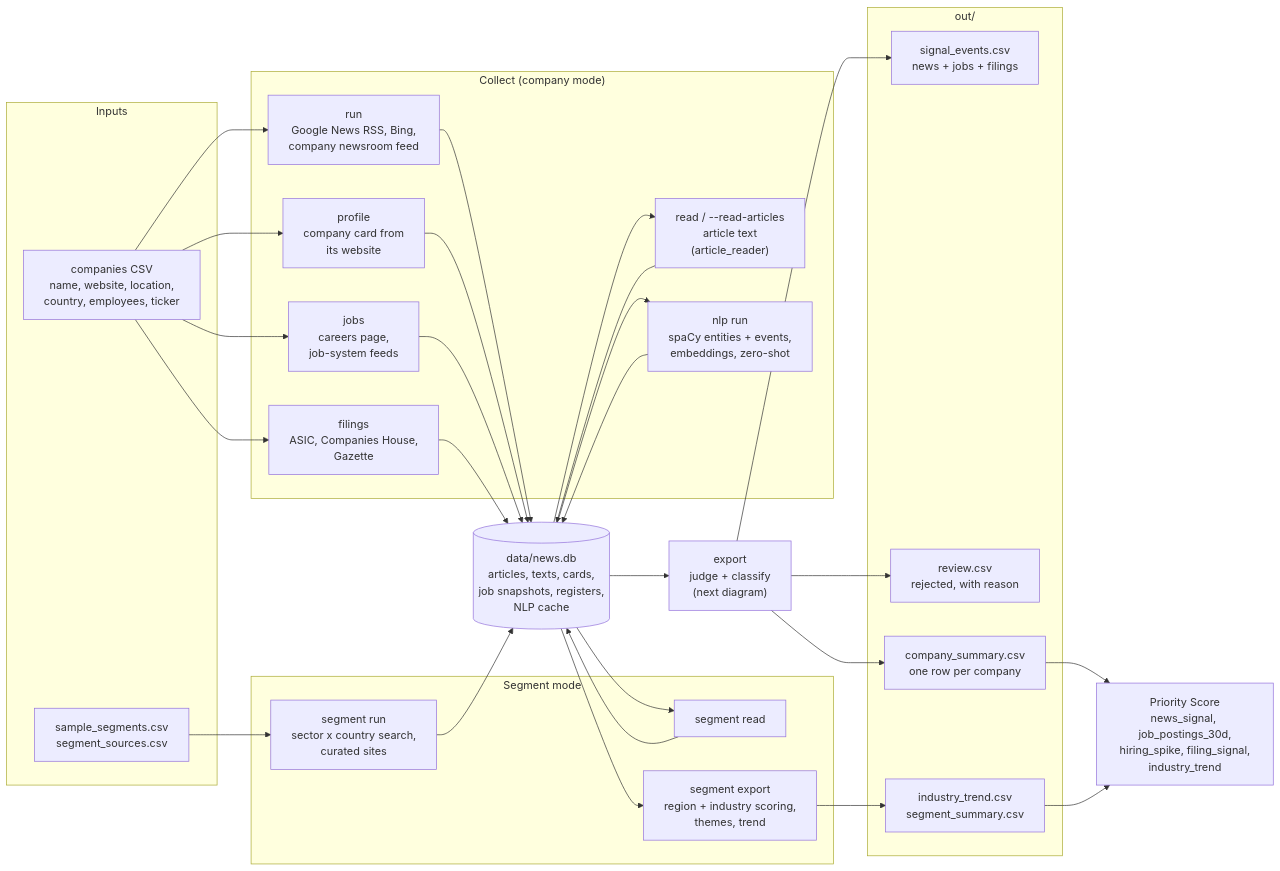
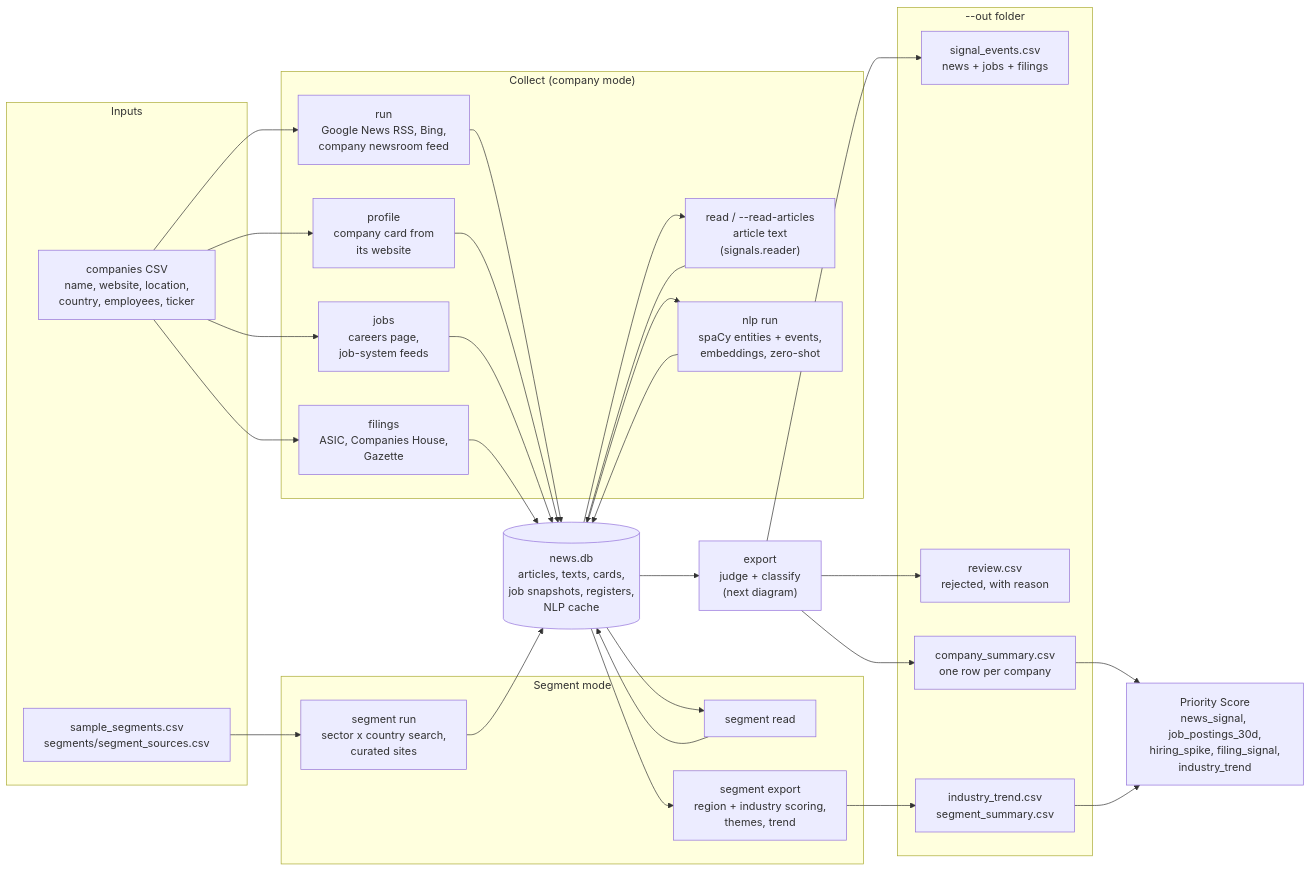
Before and after one commit to fonso-p/cloudstaff_dev: the first of 2 diagrams in News Scraper/README.md, drawn with Mermaid. The commit also changed other lines of this file and 158 other files, not shown here.

````diff
--- a/News Scraper/README.md
+++ b/News Scraper/README.md
@@ -23,44 +41,44 @@
 ```mermaid
 flowchart LR
     subgraph IN["Inputs"]
         CSV["companies CSV<br/>name, website, location,<br/>country, employees, ticker"]
-        SEG["sample_segments.csv<br/>segment_sources.csv"]
+        SEG["sample_segments.csv<br/>segments/segment_sources.csv"]
     end
 
     subgraph COLLECT["Collect (company mode)"]
         RUN["run<br/>Google News RSS, Bing,<br/>company newsroom feed"]
         PROF["profile<br/>company card from<br/>its website"]
-        READ["read / --read-articles<br/>article text<br/>(article_reader)"]
+        READ["read / --read-articles<br/>article text<br/>(signals.reader)"]
         JOBS["jobs<br/>careers page,<br/>job-system feeds"]
         FIL["filings<br/>ASIC, Companies House,<br/>Gazette"]
         NLP["nlp run<br/>spaCy entities + events,<br/>embeddings, zero-shot"]
     end
 
     subgraph SEGM["Segment mode"]
         SRUN["segment run<br/>sector x country search,<br/>curated sites"]
         SREAD["segment read"]
         SEXP["segment export<br/>region + industry scoring,<br/>themes, trend"]
     end
 
-    DB[("data/news.db<br/>articles, texts, cards,<br/>job snapshots, registers,<br/>NLP cache")]
+    DB[("news.db<br/>articles, texts, cards,<br/>job snapshots, registers,<br/>NLP cache")]
 
     EXP["export<br/>judge + classify<br/>(next diagram)"]
 
-    subgraph OUT["out/"]
+    subgraph OUT["--out folder"]
         EV["signal_events.csv<br/>news + jobs + filings"]
         REV["review.csv<br/>rejected, with reason"]
         SUM["company_summary.csv<br/>one row per company"]
         TR["industry_trend.csv<br/>segment_summary.csv"]
     end
 
     PS["Priority Score<br/>news_signal, job_postings_30d,<br/>hiring_spike, filing_signal,<br/>industry_trend"]
 
     CSV --> RUN & PROF & JOBS & FIL
     RUN & PROF & READ & JOBS & FIL & NLP --> DB
     DB --> READ & NLP
     DB --> EXP --> EV & REV & SUM
     SEG --> SRUN --> DB
     DB --> SREAD --> DB
     DB --> SEXP --> TR
     SUM & TR --> PS
 ```
````
